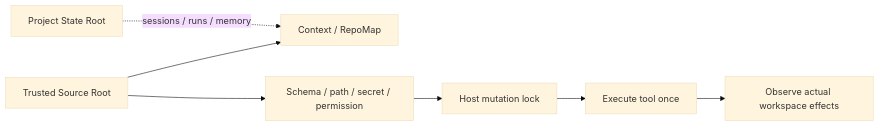
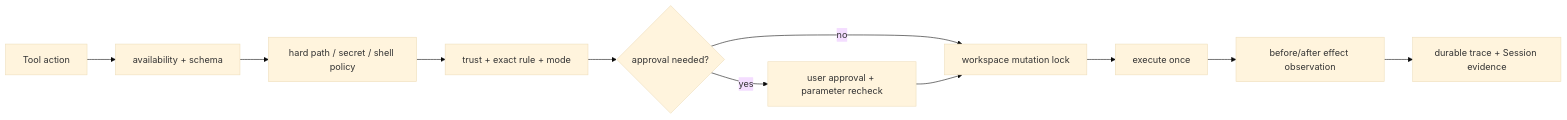
One commit to xiawiie/pony-code changed the fifth of 8 diagrams in docs/architecture.md. Above: the diagram before and after it, drawn with Mermaid (base theme). The commit also changed other lines of this file and 1 other file, not shown here.

Commit message:
docs: refresh GitHub project overview

````diff
--- a/docs/architecture.md
+++ b/docs/architecture.md
@@ -265,9 +119,13 @@
 ```mermaid
 flowchart LR
-    SRC["Trusted Source Root"] --> CTX["Context / RepoMap"]
-    SRC --> V["Schema / path / secret / permission"]
-    V --> L["Host mutation lock"]
-    L --> TOOL["Execute tool once"]
-    TOOL --> OBS["Observe actual workspace effects"]
-    PST["Project State Root"] -. sessions / runs / memory .-> CTX
+    A["Tool action"] --> V["availability + schema"]
+    V --> H["hard path / secret / shell policy"]
+    H --> P["trust + exact rule + mode"]
+    P --> Q{"approval needed?"}
+    Q -->|"yes"| U["user approval + parameter recheck"]
+    Q -->|"no"| L["workspace mutation lock"]
+    U --> L
+    L --> X["execute once"]
+    X --> O["before/after effect observation"]
+    O --> D["durable trace + Session evidence"]
 ```
````
